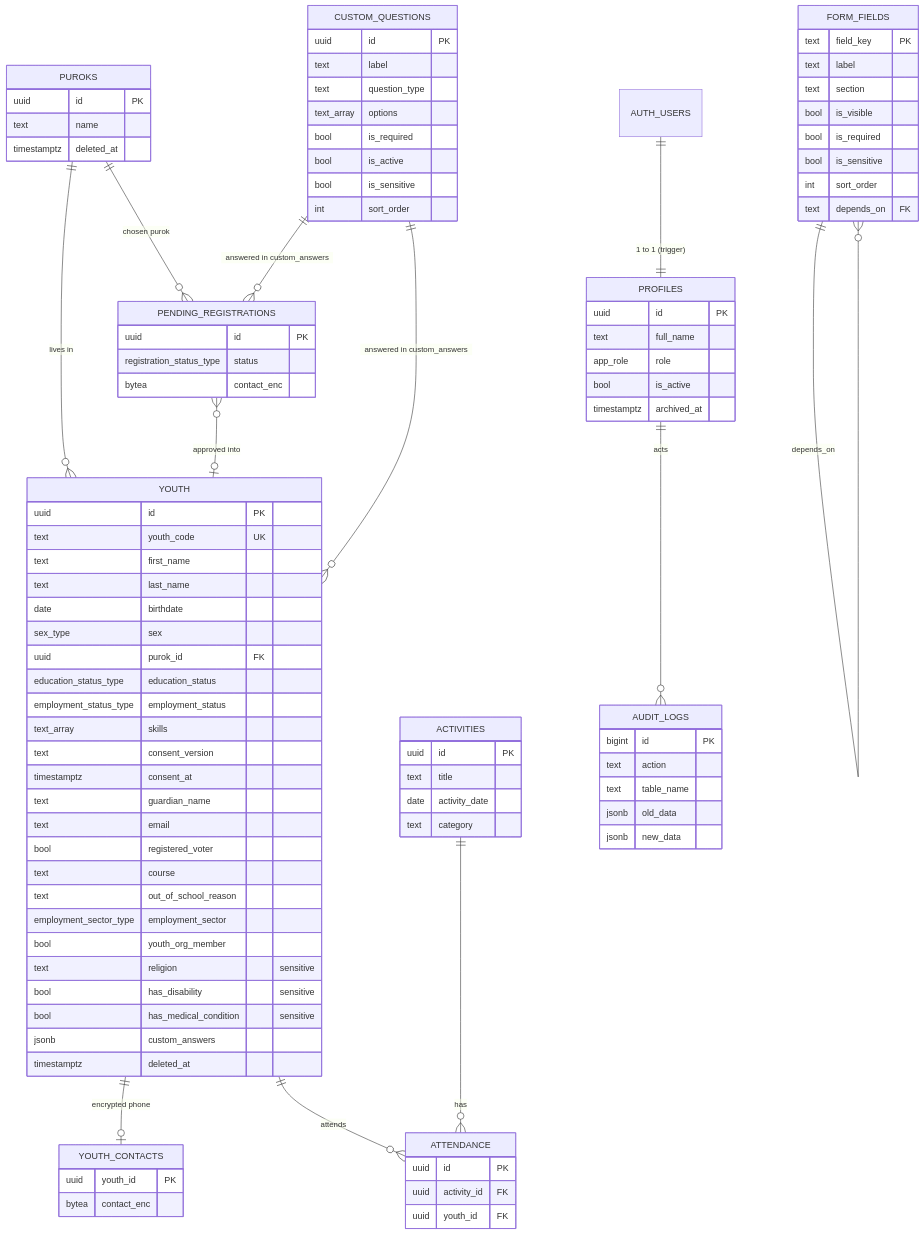
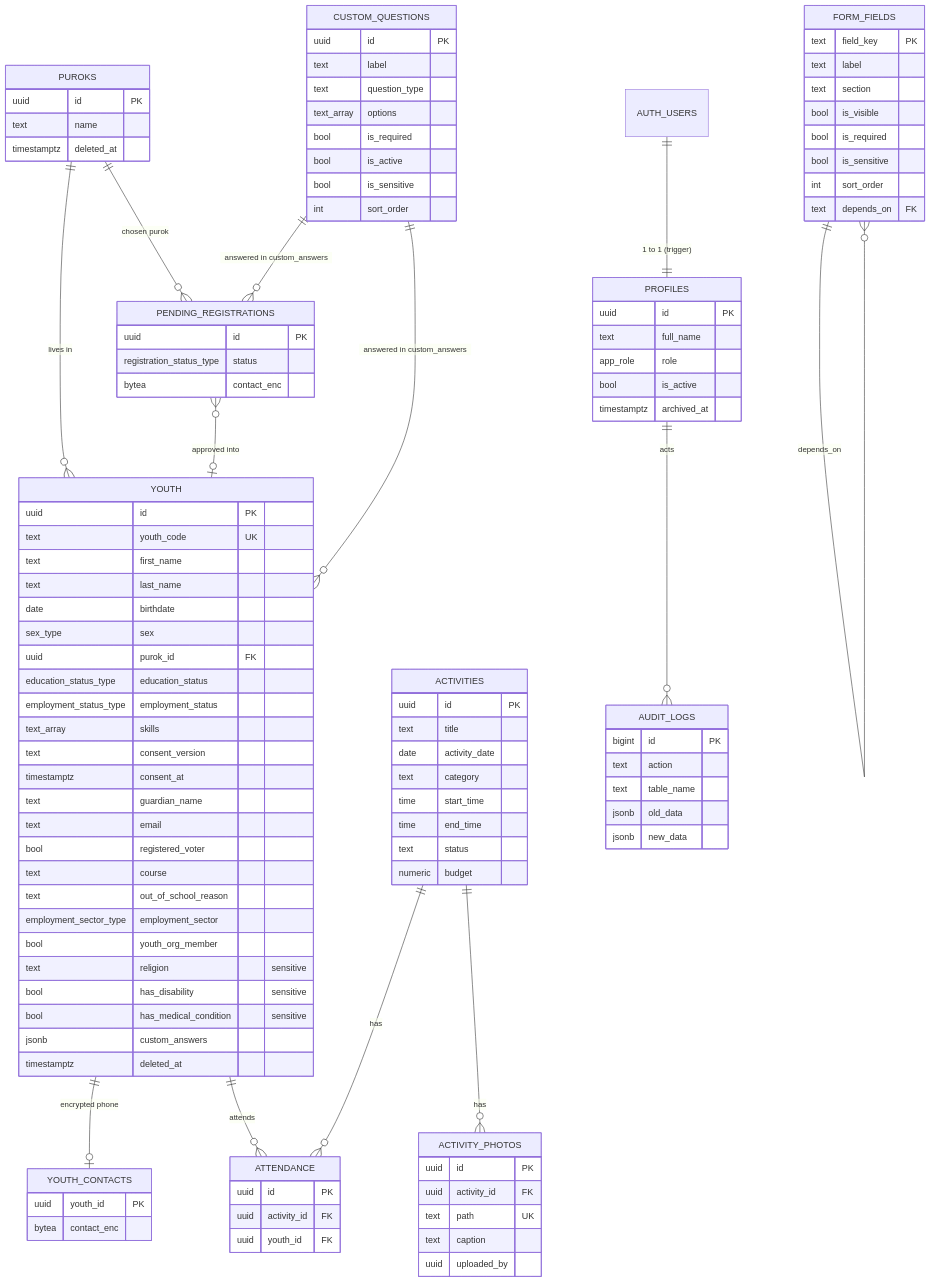
Before and after one commit to ginsemanero-alt/kk-youth: the diagram in docs/02-database-erd.md, drawn with Mermaid. The commit also changed other lines of this file and 17 other files, not shown here.

````diff
--- a/docs/02-database-erd.md
+++ b/docs/02-database-erd.md
@@ -7,50 +7,52 @@
 ```mermaid
 erDiagram
   AUTH_USERS ||--|| PROFILES : "1 to 1 (trigger)"
   PUROKS ||--o{ YOUTH : "lives in"
   YOUTH ||--o| YOUTH_CONTACTS : "encrypted phone"
   YOUTH ||--o{ ATTENDANCE : attends
   ACTIVITIES ||--o{ ATTENDANCE : has
+  ACTIVITIES ||--o{ ACTIVITY_PHOTOS : has
   PUROKS ||--o{ PENDING_REGISTRATIONS : "chosen purok"
   PENDING_REGISTRATIONS }o--o| YOUTH : "approved into"
   PROFILES ||--o{ AUDIT_LOGS : "acts"
   FORM_FIELDS ||--o{ FORM_FIELDS : "depends_on"
   CUSTOM_QUESTIONS ||--o{ YOUTH : "answered in custom_answers"
   CUSTOM_QUESTIONS ||--o{ PENDING_REGISTRATIONS : "answered in custom_answers"
 
   PROFILES { uuid id PK text full_name app_role role bool is_active timestamptz archived_at }
   PUROKS { uuid id PK text name timestamptz deleted_at }
   YOUTH {
     uuid id PK
     text youth_code UK
     text first_name
     text last_name
     date birthdate
     sex_type sex
     uuid purok_id FK
     education_status_type education_status
     employment_status_type employment_status
     text_array skills
     text consent_version
     timestamptz consent_at
     text guardian_name
     text email
     bool registered_voter
     text course
     text out_of_school_reason
     employment_sector_type employment_sector
     bool youth_org_member
     text religion "sensitive"
     bool has_disability "sensitive"
     bool has_medical_condition "sensitive"
     jsonb custom_answers
     timestamptz deleted_at
   }
   CUSTOM_QUESTIONS { uuid id PK text label text question_type text_array options bool is_required bool is_active bool is_sensitive int sort_order }
   FORM_FIELDS { text field_key PK text label text section bool is_visible bool is_required bool is_sensitive int sort_order text depends_on FK }
   YOUTH_CONTACTS { uuid youth_id PK bytea contact_enc }
-  ACTIVITIES { uuid id PK text title date activity_date text category }
+  ACTIVITIES { uuid id PK text title date activity_date text category time start_time time end_time text status numeric budget }
+  ACTIVITY_PHOTOS { uuid id PK uuid activity_id FK text path UK text caption uuid uploaded_by }
   ATTENDANCE { uuid id PK uuid activity_id FK uuid youth_id FK }
   PENDING_REGISTRATIONS { uuid id PK registration_status_type status bytea contact_enc }
   AUDIT_LOGS { bigint id PK text action text table_name jsonb old_data jsonb new_data }
 ```
````
